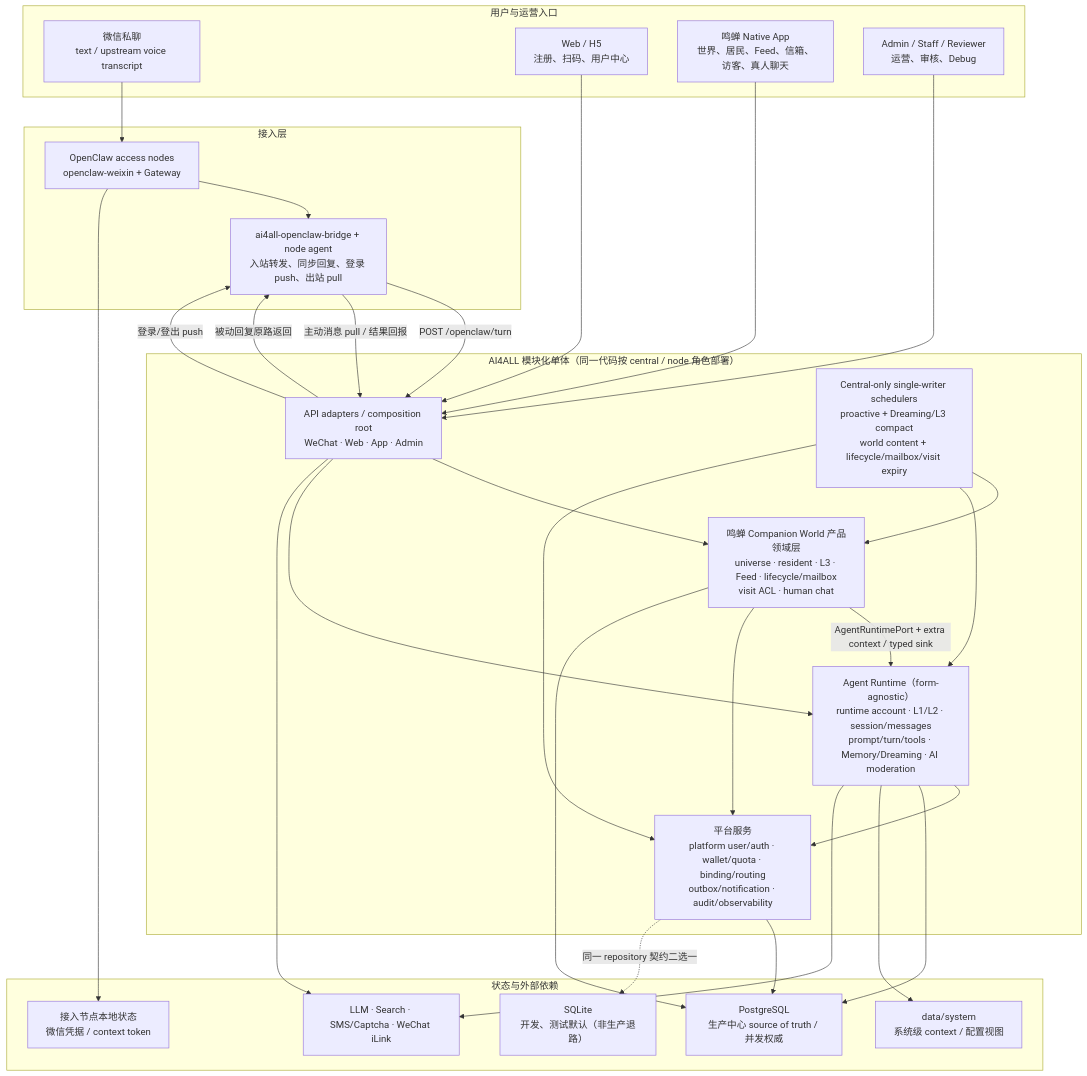
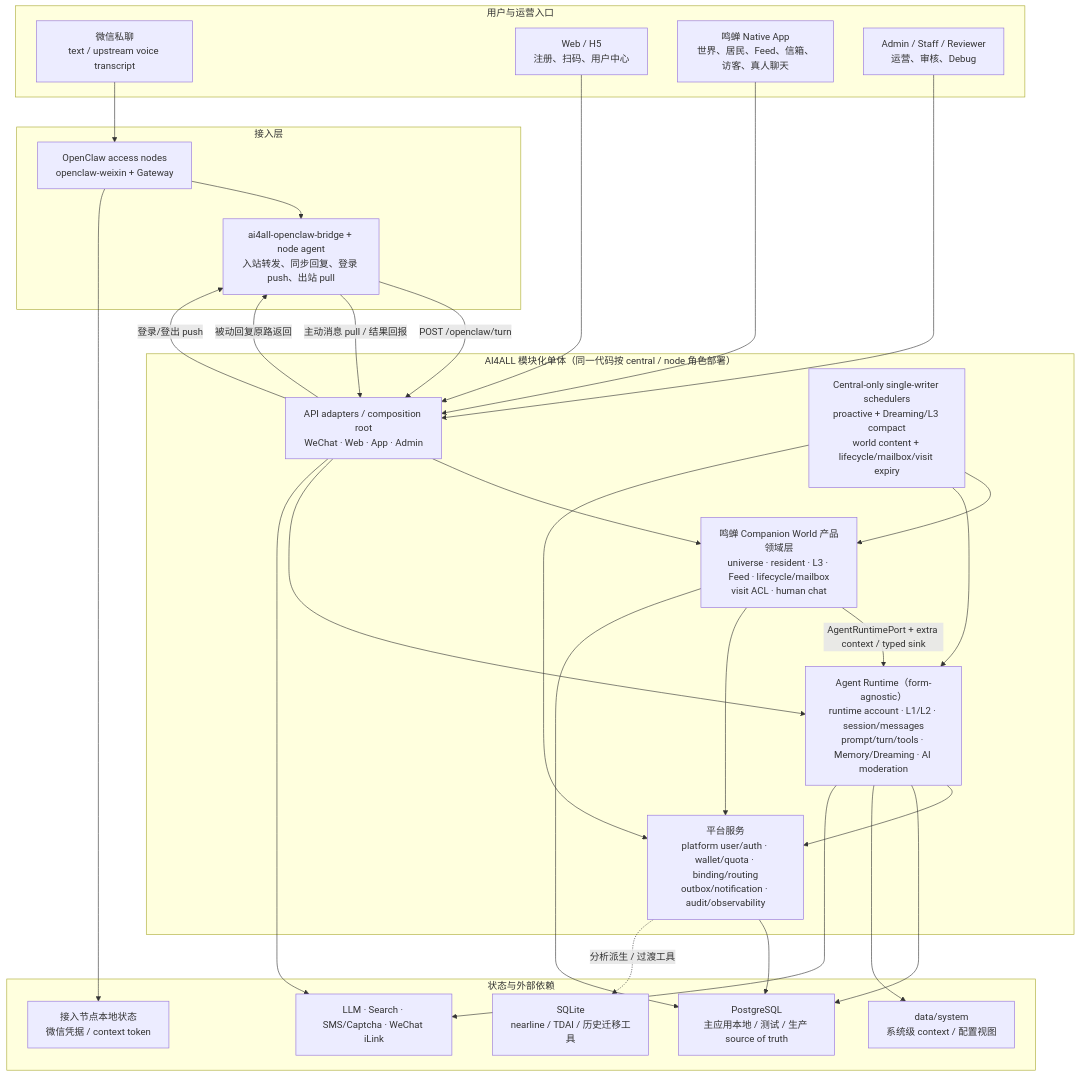
The diagram in docs/architecture/overview.md (zhuoranwu15-create/ai4all_bridge), drawn with Mermaid before and after one commit. The commit also changed other lines of this file and 27 other files, not shown here.

Commit message:
test: make PostgreSQL the only pytest backend

````diff
--- a/docs/architecture/overview.md
+++ b/docs/architecture/overview.md
@@ -32,57 +32,57 @@
 ```mermaid
 flowchart TB
     subgraph clients["用户与运营入口"]
         wx["微信私聊<br/>text / upstream voice transcript"]
         web["Web / H5<br/>注册、扫码、用户中心"]
         native["鸣蝉 Native App<br/>世界、居民、Feed、信箱、访客、真人聊天"]
         ops["Admin / Staff / Reviewer<br/>运营、审核、Debug"]
     end
 
     subgraph access["接入层"]
         openclaw["OpenClaw access nodes<br/>openclaw-weixin + Gateway"]
         bridge["ai4all-openclaw-bridge + node agent<br/>入站转发、同步回复、登录 push、出站 pull"]
     end
 
     subgraph central["AI4ALL 模块化单体（同一代码按 central / node 角色部署）"]
         api["API adapters / composition root<br/>WeChat · Web · App · Admin"]
         world["鸣蝉 Companion World 产品领域层<br/>universe · resident · L3 · Feed · lifecycle/mailbox<br/>visit ACL · human chat"]
         runtime["Agent Runtime（form-agnostic）<br/>runtime account · L1/L2 · session/messages<br/>prompt/turn/tools · Memory/Dreaming · AI moderation"]
         platform["平台服务<br/>platform user/auth · wallet/quota · binding/routing<br/>outbox/notification · audit/observability"]
         schedulers["Central-only single-writer schedulers<br/>proactive + Dreaming/L3 compact<br/>world content + lifecycle/mailbox/visit expiry"]
 
         api --> world
         api --> runtime
         world -->|"AgentRuntimePort + extra context / typed sink"| runtime
         world --> platform
         runtime --> platform
         schedulers --> world
         schedulers --> runtime
         schedulers --> platform
     end
 
     subgraph state["状态与外部依赖"]
-        pg["PostgreSQL<br/>生产中心 source of truth / 并发权威"]
-        sqlite["SQLite<br/>开发、测试默认（非生产退路）"]
+        pg["PostgreSQL<br/>主应用本地 / 测试 / 生产 source of truth"]
+        sqlite["SQLite<br/>nearline / TDAI / 历史迁移工具"]
         systemFiles["data/system<br/>系统级 context / 配置视图"]
         channelState["接入节点本地状态<br/>微信凭据 / context token"]
         providers["LLM · Search · SMS/Captcha · WeChat iLink"]
     end
 
     wx --> openclaw --> bridge
     bridge -->|"POST /openclaw/turn"| api
     api -->|"被动回复原路返回"| bridge
     web --> api
     native --> api
     ops --> api
     api -->|"登录/登出 push"| bridge
     bridge -->|"主动消息 pull / 结果回报"| api
 
     platform --> pg
     world --> pg
     runtime --> pg
-    platform -.->|"同一 repository 契约二选一"| sqlite
+    platform -.->|"分析派生 / 过渡工具"| sqlite
     runtime --> systemFiles
     openclaw --> channelState
     api --> providers
     runtime --> providers
 ```
````
